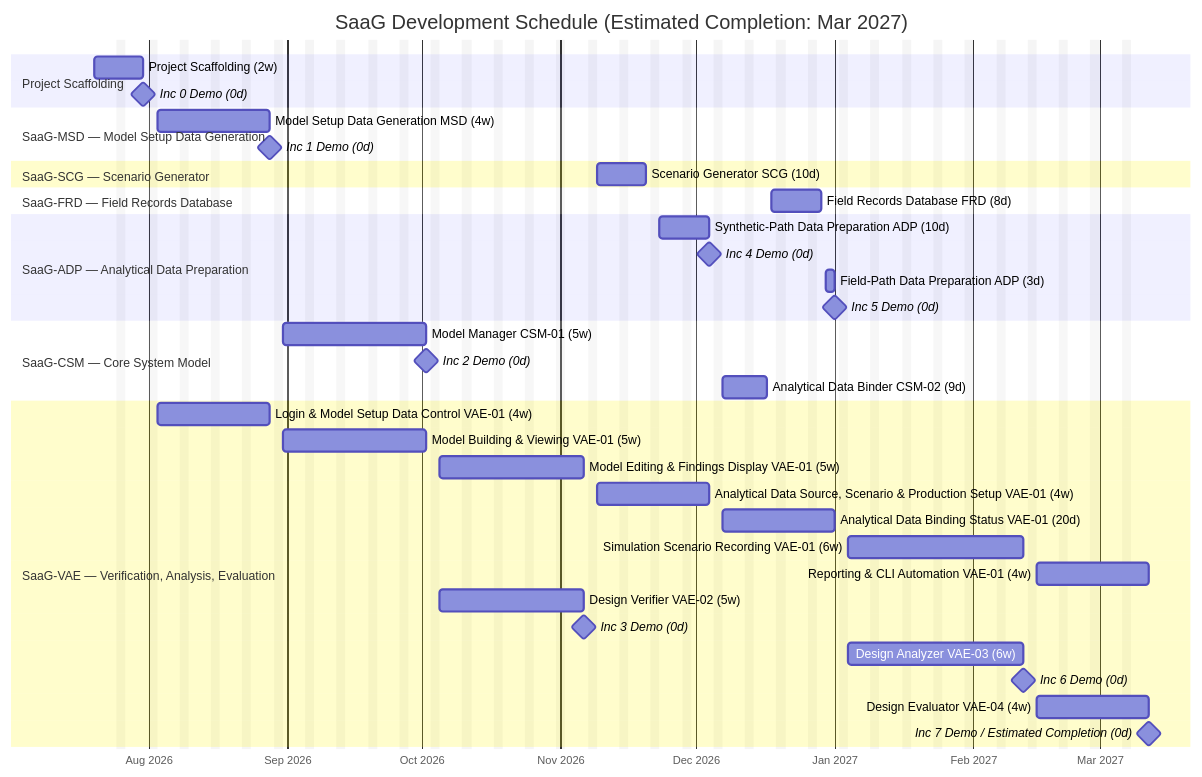
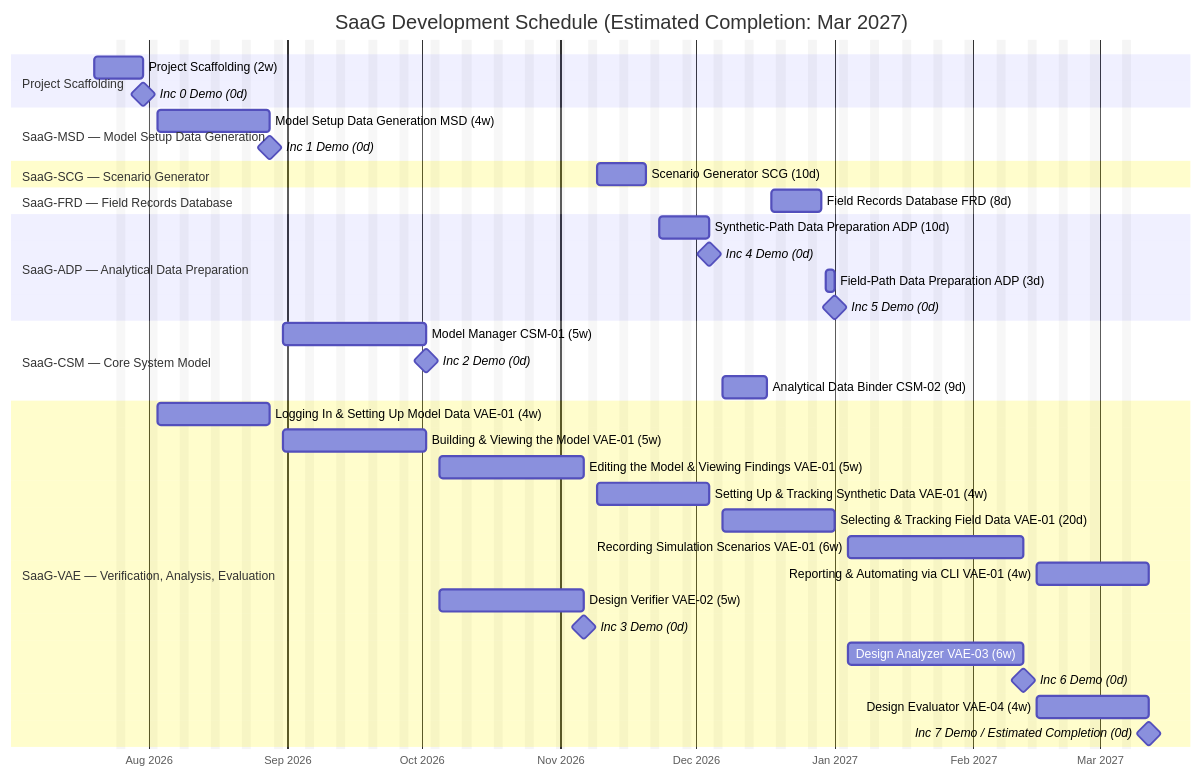
The diagram in docs/planning/SDP.md (canetizen/system-as-a-graph), drawn with Mermaid before and after one commit. The commit also changed other lines of this file, not shown here.

First line of the commit message:
refactor(sdp): refine VAE-01 deliverable descriptions

````diff
--- a/docs/planning/SDP.md
+++ b/docs/planning/SDP.md
@@ -296,48 +296,48 @@
 ```mermaid
 %%{init: { 'themeVariables': { 'excludeBkgColor': 'rgba(128,128,128,0.08)' } } }%%
 gantt
     title SaaG Development Schedule (Estimated Completion: Mar 2027)
     dateFormat YYYY-MM-DD
     axisFormat %b %Y
     excludes weekends
 
     section Project Scaffolding
     Project Scaffolding (2w)      :scaffold1, 2026-07-20, 2026-07-31
     Inc 0 Demo (0d)               :milestone, demo0, after scaffold1, 0d
 
     section SaaG-MSD — Model Setup Data Generation
     Model Setup Data Generation MSD (4w)               :msd, 2026-08-03, 2026-08-28
     Inc 1 Demo (0d)                                    :milestone, demo1, after msd, 0d
 
     section SaaG-SCG — Scenario Generator
     Scenario Generator SCG (10d)                       :scg, 2026-11-09, 2026-11-20
 
     section SaaG-FRD — Field Records Database
     Field Records Database FRD (8d)                    :frd, 2026-12-18, 2026-12-29
 
     section SaaG-ADP — Analytical Data Preparation
     Synthetic-Path Data Preparation ADP (10d)          :adpa, 2026-11-23, 2026-12-04
     Inc 4 Demo (0d)                                    :milestone, demo4, after adpa, 0d
     Field-Path Data Preparation ADP (3d)                :adpb, 2026-12-30, 2027-01-01
     Inc 5 Demo (0d)                                    :milestone, demo5, after adpb, 0d
 
     section SaaG-CSM — Core System Model
     Model Manager CSM-01 (5w)                          :csm01, 2026-08-31, 2026-10-02
     Inc 2 Demo (0d)                                    :milestone, demo2, after csm01, 0d
     Analytical Data Binder CSM-02 (9d)                 :csm02, 2026-12-07, 2026-12-17
 
     section SaaG-VAE — Verification, Analysis, Evaluation
-    Login & Model Setup Data Control VAE-01 (4w)       :vae01a, 2026-08-03, 2026-08-28
-    Model Building & Viewing VAE-01 (5w)               :vae01b, 2026-08-31, 2026-10-02
-    Model Editing & Findings Display VAE-01 (5w)       :vae01c, 2026-10-05, 2026-11-06
-    Analytical Data Source, Scenario & Production Setup VAE-01 (4w) :vae01de, 2026-11-09, 2026-12-04
-    Analytical Data Binding Status VAE-01 (20d)         :vae01f, 2026-12-07, 2027-01-01
-    Simulation Scenario Recording VAE-01 (6w)           :vae01g, 2027-01-04, 2027-02-12
-    Reporting & CLI Automation VAE-01 (4w)             :vae01h, 2027-02-15, 2027-03-12
+    Logging In & Setting Up Model Data VAE-01 (4w)       :vae01a, 2026-08-03, 2026-08-28
+    Building & Viewing the Model VAE-01 (5w)               :vae01b, 2026-08-31, 2026-10-02
+    Editing the Model & Viewing Findings VAE-01 (5w)       :vae01c, 2026-10-05, 2026-11-06
+    Setting Up & Tracking Synthetic Data VAE-01 (4w) :vae01de, 2026-11-09, 2026-12-04
+    Selecting & Tracking Field Data VAE-01 (20d) :vae01f, 2026-12-07, 2027-01-01
+    Recording Simulation Scenarios VAE-01 (6w)           :vae01g, 2027-01-04, 2027-02-12
+    Reporting & Automating via CLI VAE-01 (4w)             :vae01h, 2027-02-15, 2027-03-12
     Design Verifier VAE-02 (5w)                        :vae02, 2026-10-05, 2026-11-06
     Inc 3 Demo (0d)                                    :milestone, demo3, after vae02, 0d
     Design Analyzer VAE-03 (6w)                         :vae03, 2027-01-04, 2027-02-12
     Inc 6 Demo (0d)                                    :milestone, demo6, after vae03, 0d
     Design Evaluator VAE-04 (4w)                       :vae04, 2027-02-15, 2027-03-12
     Inc 7 Demo / Estimated Completion (0d)             :milestone, completion, after vae04, 0d
 ```
````
